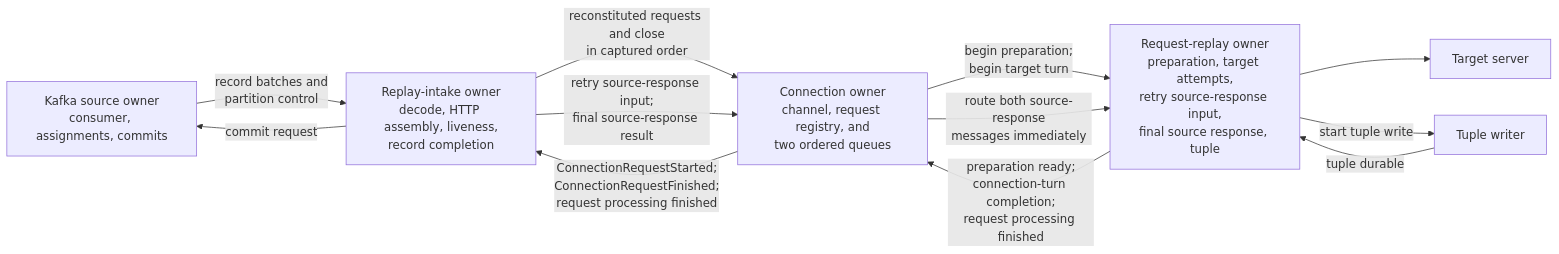
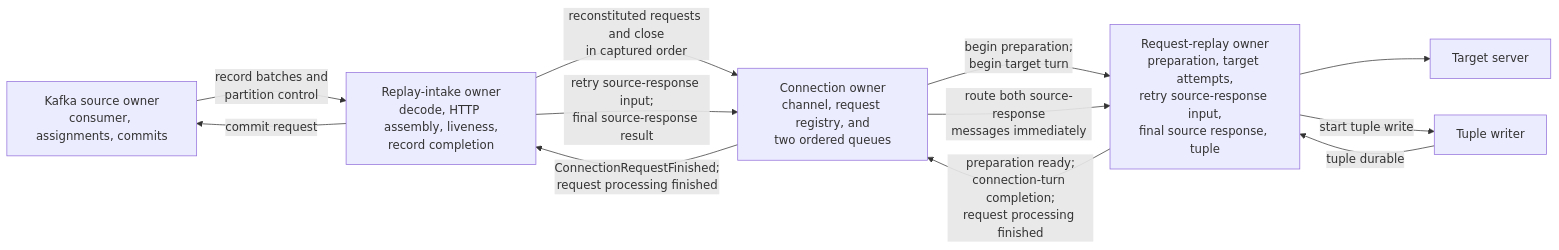
The first of 7 diagrams in docs/captureAndReplay/replayerProcessingAndCommitArchitecture.md (opensearch-project/opensearch-migrations), drawn with Mermaid before and after one commit. The commit also changed other lines of this file and 4 other files, not shown here.

````diff
--- a/docs/captureAndReplay/replayerProcessingAndCommitArchitecture.md
+++ b/docs/captureAndReplay/replayerProcessingAndCommitArchitecture.md
@@ -91,21 +92,21 @@
 ```mermaid
 flowchart LR
     Kafka["Kafka source owner<br/>consumer, assignments, commits"]
     Intake["Replay-intake owner<br/>decode, HTTP assembly, liveness,<br/>record completion"]
     Actor["Connection owner<br/>channel, request registry, and<br/>two ordered queues"]
     Request["Request-replay owner<br/>preparation, target attempts,<br/>retry source-response input,<br/>final source response, tuple"]
     Target["Target server"]
     Tuple["Tuple writer"]
 
     Kafka -->|"record batches and<br/>partition control"| Intake
     Intake -->|"reconstituted requests and close<br/>in captured order"| Actor
     Intake -->|"retry source-response input;<br/>final source-response result"| Actor
     Actor -->|"begin preparation;<br/>begin target turn"| Request
     Actor -->|"route both source-response<br/>messages immediately"| Request
     Request -->|"preparation ready;<br/>connection-turn completion;<br/>request processing finished"| Actor
     Request --> Target
     Request -->|"start tuple write"| Tuple
     Tuple -->|"tuple durable"| Request
-    Actor -->|"ConnectionRequestStarted;<br/>ConnectionRequestFinished;<br/>request processing finished"| Intake
+    Actor -->|"ConnectionRequestFinished;<br/>request processing finished"| Intake
     Intake -->|"commit request"| Kafka
 ```
````
